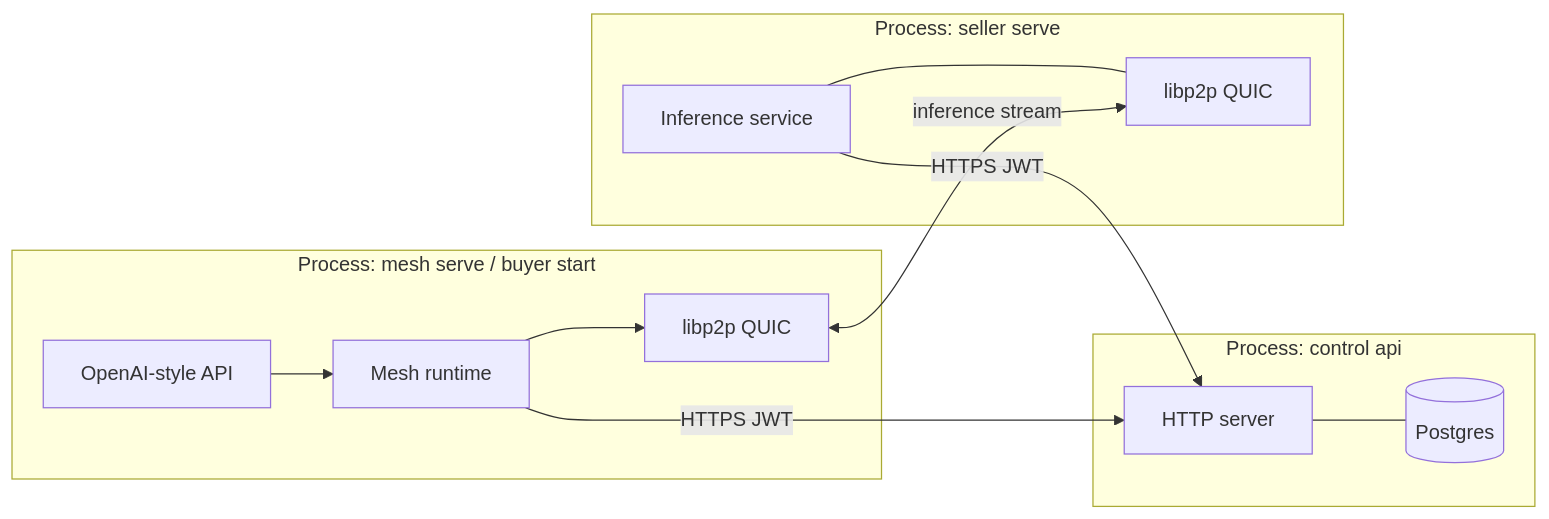
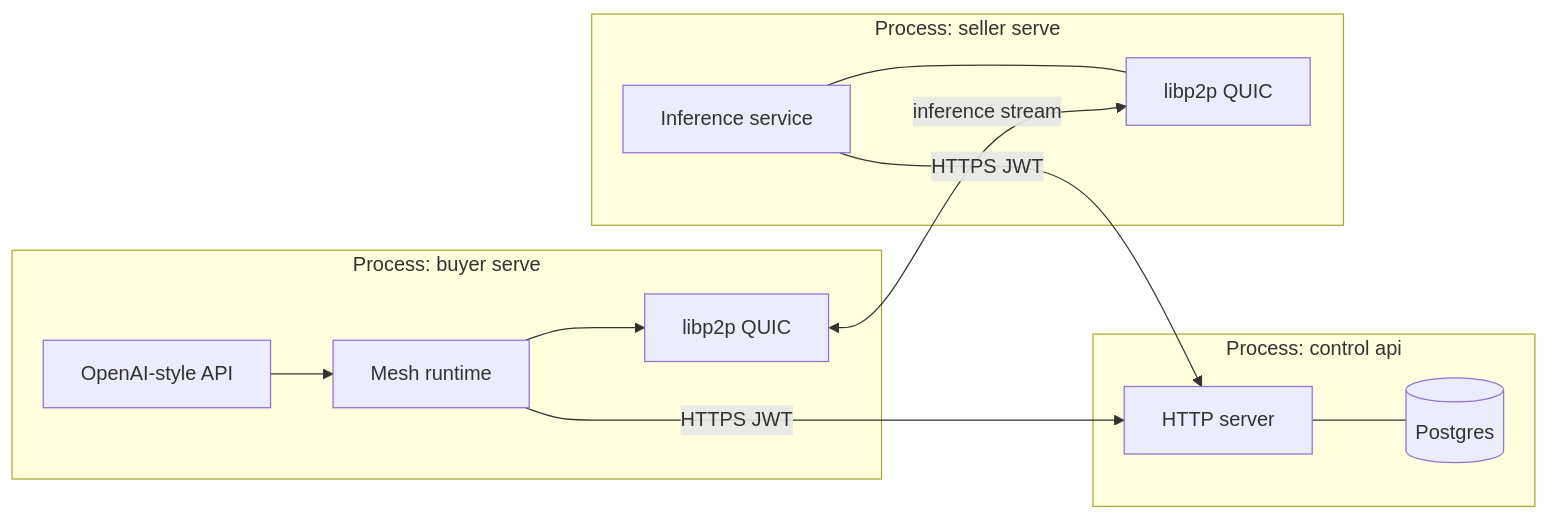
The second of 6 diagrams in ARCHITECTURE.md (Knowledge-Mesh/knowledgeMesh), drawn with Mermaid before and after one commit. The commit also changed other lines of this file and 43 other files, not shown here.

````diff
--- a/ARCHITECTURE.md
+++ b/ARCHITECTURE.md
@@ -44,25 +44,25 @@
 ```mermaid
 flowchart LR
   subgraph P1["Process: control api"]
     A1[HTTP server]
     A2[(Postgres)]
     A1 --- A2
   end
 
-  subgraph P2["Process: mesh serve / buyer start"]
+  subgraph P2["Process: buyer serve"]
     B1[OpenAI-style API]
     B2[Mesh runtime]
     B3[libp2p QUIC]
     B1 --> B2 --> B3
   end
 
   subgraph P3["Process: seller serve"]
     C1[Inference service]
     C2[libp2p QUIC]
     C1 --- C2
   end
 
   B2 -->|HTTPS JWT| A1
   C1 -->|HTTPS JWT| A1
   B3 <-->|inference stream| C2
 ```
````
